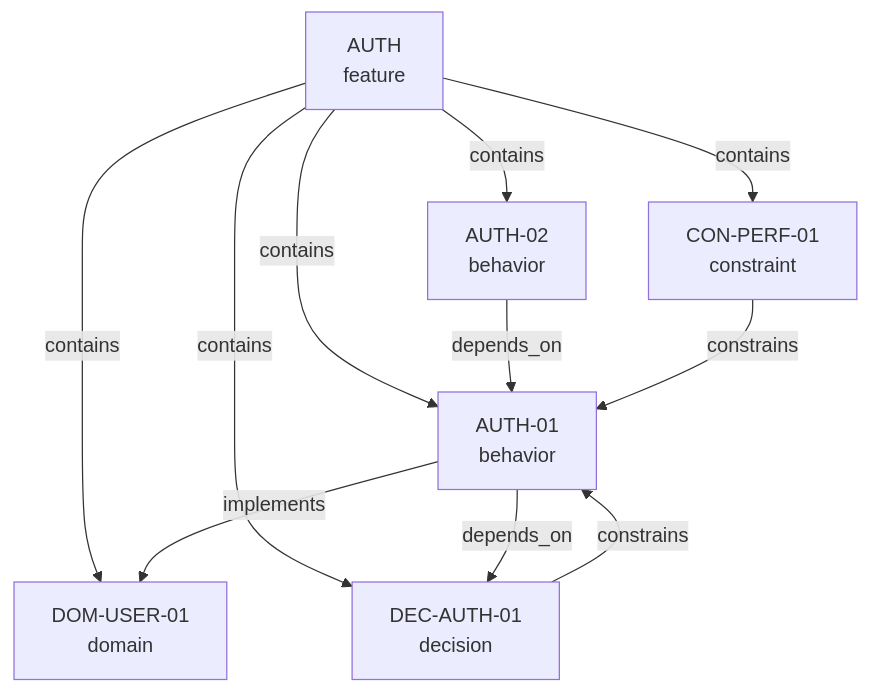
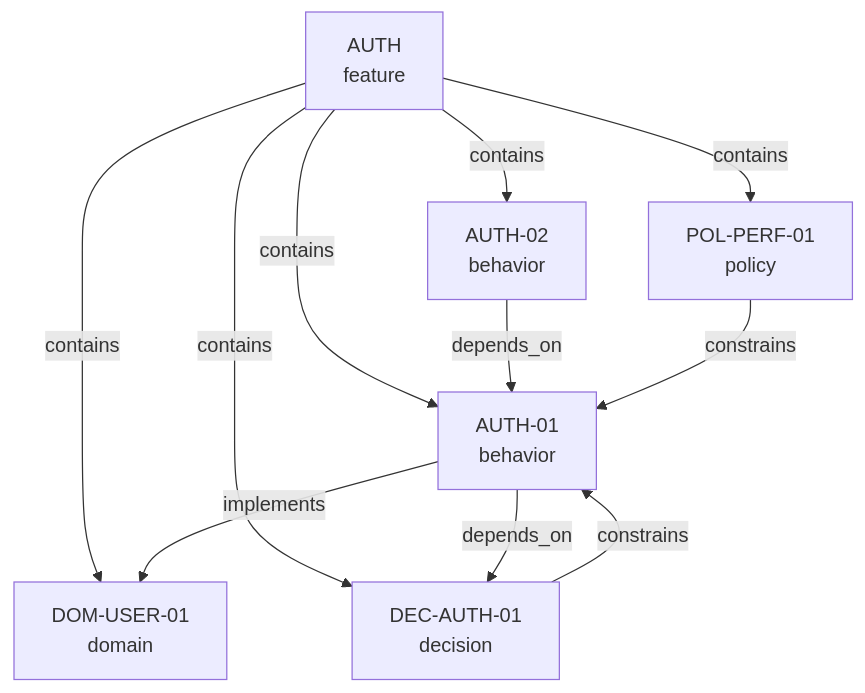
Before and after one commit to oco-adam/specgraph: the diagram in website/docs/graph/structure.md, drawn with Mermaid. The commit also changed other lines of this file and 48 other files, not shown here.

First line of the commit message:
feat: rename invariant→constraints and constraint→policy

````diff
--- a/website/docs/graph/structure.md
+++ b/website/docs/graph/structure.md
@@ -82,14 +82,14 @@
 ```mermaid
 graph TD
     AUTH[AUTH<br/>feature] -->|contains| AUTH01[AUTH-01<br/>behavior]
     AUTH -->|contains| AUTH02[AUTH-02<br/>behavior]
     AUTH -->|contains| DEC[DEC-AUTH-01<br/>decision]
     AUTH -->|contains| DOM[DOM-USER-01<br/>domain]
-    AUTH -->|contains| CON[CON-PERF-01<br/>constraint]
+    AUTH -->|contains| POL[POL-PERF-01<br/>policy]
 
     AUTH01 -->|implements| DOM
     AUTH01 -->|depends_on| DEC
     AUTH02 -->|depends_on| AUTH01
     DEC -->|constrains| AUTH01
-    CON -->|constrains| AUTH01
+    POL -->|constrains| AUTH01
 ```
````
